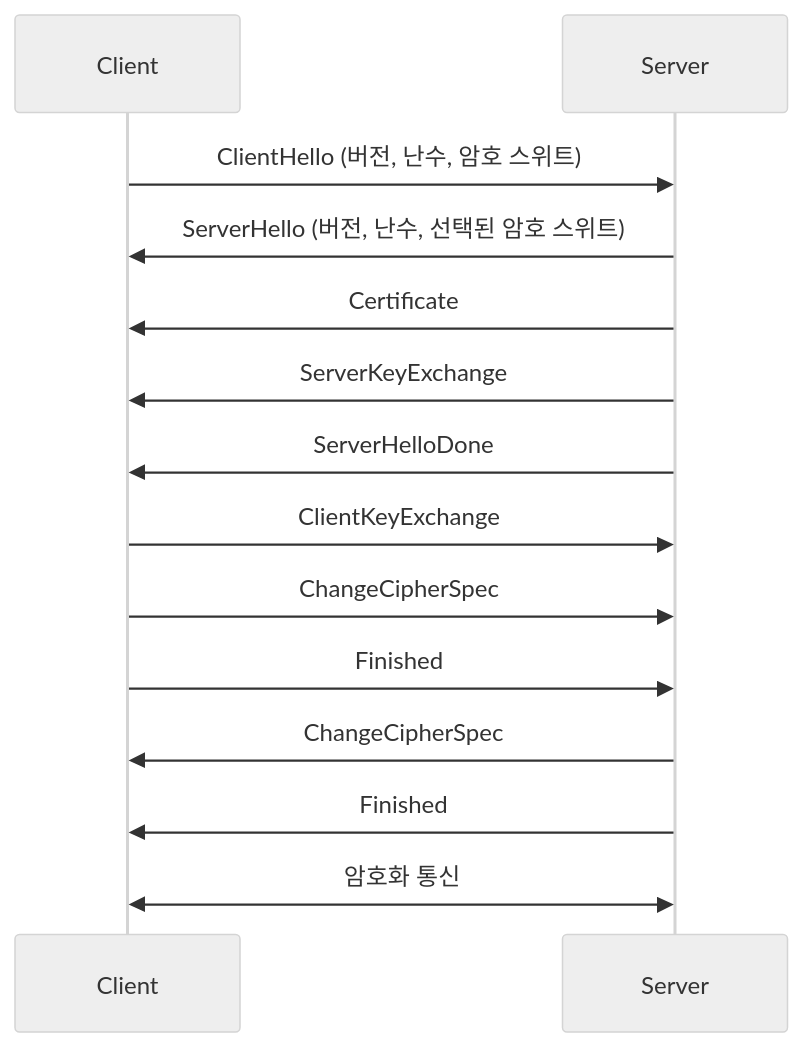
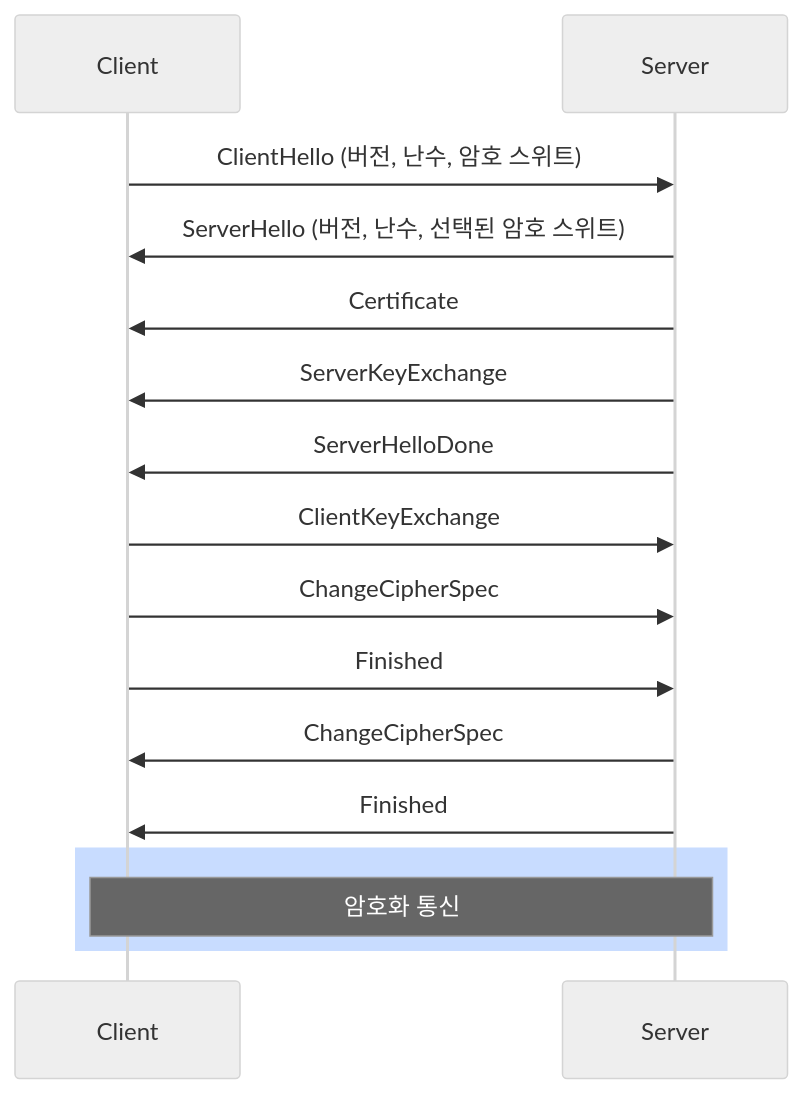
Before and after one commit to anveloper/information-security-engineer: the eighth of 8 diagrams in src/content/theory/04-security-general/01-cryptography.mdx, drawn with Mermaid (neutral theme). The commit also changed other lines of this file, not shown here.

Commit message:
fix: 4과목 암호학 Mermaid 다이어그램 렌더링 오류 수정

````diff
--- a/src/content/theory/04-security-general/01-cryptography.mdx
+++ b/src/content/theory/04-security-general/01-cryptography.mdx
@@ -521,17 +507,20 @@
 ```mermaid
 sequenceDiagram
     participant C as Client
     participant S as Server
 
     C->>S: ClientHello (버전, 난수, 암호 스위트)
     S->>C: ServerHello (버전, 난수, 선택된 암호 스위트)
     S->>C: Certificate
     S->>C: ServerKeyExchange
     S->>C: ServerHelloDone
     C->>S: ClientKeyExchange
     C->>S: ChangeCipherSpec
     C->>S: Finished
     S->>C: ChangeCipherSpec
     S->>C: Finished
-    C<<->>S: 암호화 통신
+
+    rect rgb(200, 220, 255)
+        Note over C,S: 암호화 통신
+    end
 ```
````
